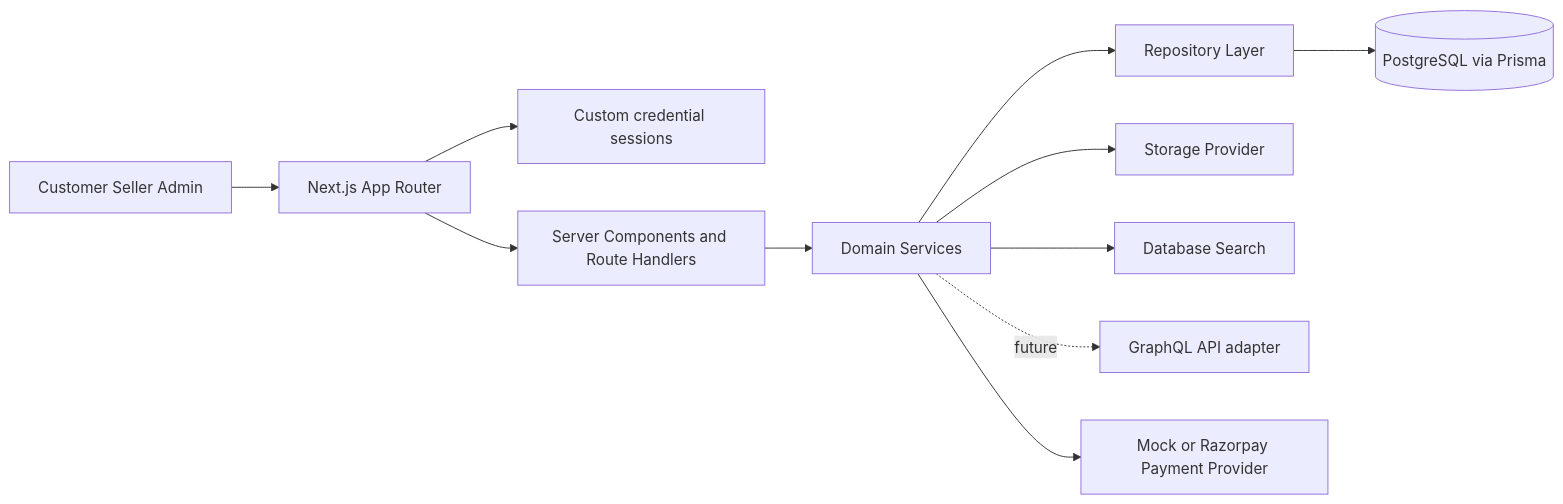
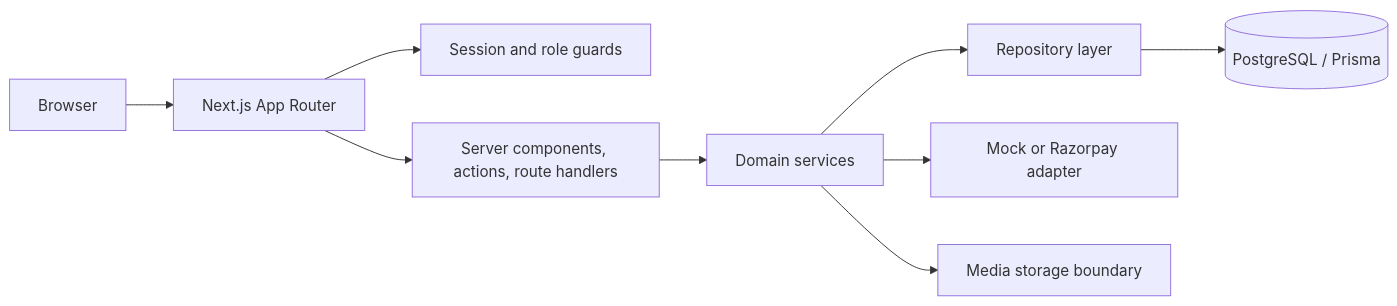
One commit to rajveneeth/printora changed the first of 2 diagrams in README.md. Above: the diagram before and after it, drawn with Mermaid. The commit also changed other lines of this file and 78 other files, not shown here.

````diff
--- a/README.md
+++ b/README.md
@@ -29,13 +18,11 @@
 ```mermaid
 flowchart LR
-    User[Customer Seller Admin] --> Web[Next.js App Router]
-    Web --> Auth[Custom credential sessions]
-    Web --> Actions[Server Components and Route Handlers]
-    Actions --> Services[Domain Services]
-    Services --> Repositories[Repository Layer]
-    Repositories --> Database[(PostgreSQL via Prisma)]
-    Services --> Storage[Storage Provider]
-    Services --> Search[Database Search]
-    Services -. future .-> GraphQL[GraphQL API adapter]
-    Services --> Payment[Mock or Razorpay Payment Provider]
+    Browser[Browser] --> Router[Next.js App Router]
+    Router --> Auth[Session and role guards]
+    Router --> Actions[Server components, actions, route handlers]
+    Actions --> Services[Domain services]
+    Services --> Repositories[Repository layer]
+    Repositories --> PostgreSQL[(PostgreSQL / Prisma)]
+    Services --> Payment[Mock or Razorpay adapter]
+    Services --> Media[Media storage boundary]
 ```
````
